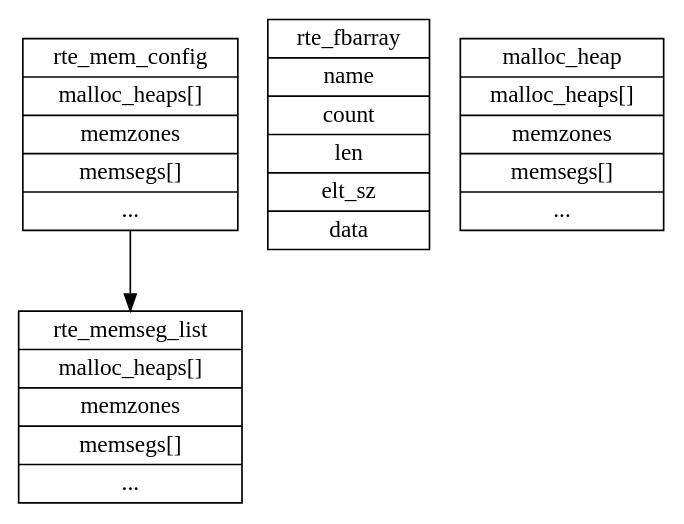
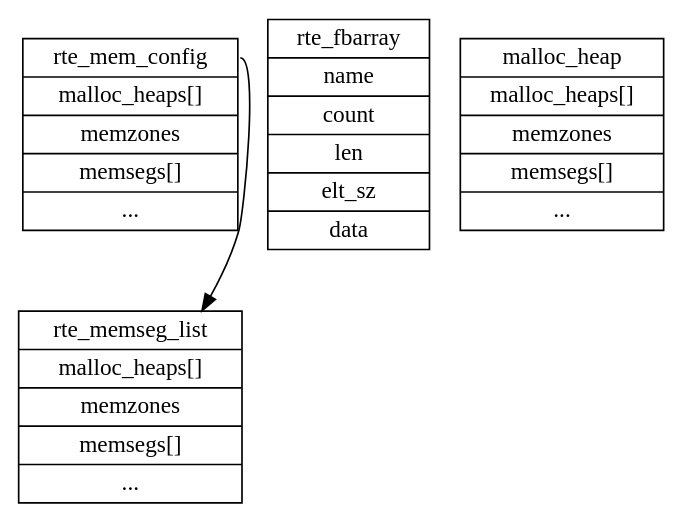
The diagram in dpdk/内存管理.md (sisyphus1212/note), drawn with Graphviz before and after one commit.

Commit message:
auto_update

````diff
--- a/dpdk/内存管理.md
+++ b/dpdk/内存管理.md
@@ -16,46 +16,46 @@
 ```graphviz
 digraph {
 	rte_mem_config[
 		label = "{
-		rte_mem_config|
-        malloc_heaps[]|
-		memzones|
-		memsegs[]|
-		...
+		<f0>rte_mem_config|
+        <f0>malloc_heaps[]|
+		<f0>memzones|
+		<f0>memsegs[]|
+		<f0>...
 		}",
 		shape = "record"
 	];
 	rte_fbarray[
 		label = "{
 		rte_fbarray|
         name|
 		count|
 		len|
 		elt_sz|
 		data
 		}",
 		shape = "record"
 	];
 	rte_memseg_list[
 		label = "{
 		<f0>rte_memseg_list|
 		<f1>malloc_heaps[]|
 		<f2>memzones|
 		<f3>memsegs[]|
 		<f4>...
 		}",
 		shape = "record"
 	];
 	malloc_heap[
 		label = "{
 		malloc_heap|
         malloc_heaps[]|
 		memzones|
 		memsegs[]|
 		...
 		}",
 		shape = "record"
 	];
 	rte_mem_config:f0 -> rte_memseg_list
 }
 ```
````
